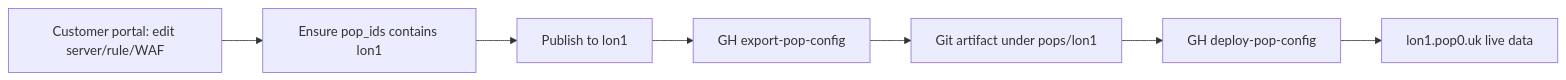
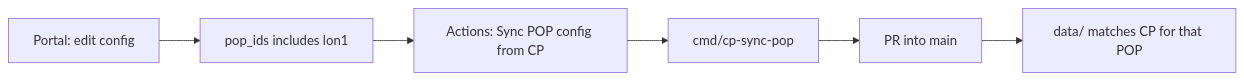
The second of 2 diagrams in infra/configuration/README.md (bwalia/wslproxy), drawn with Mermaid before and after one commit. The commit also changed other lines of this file and 4 other files, not shown here.

First line of the commit message:
feat(config): Go cp-sync-pop writes CP SoT into data/ via PR

````diff
--- a/infra/configuration/README.md
+++ b/infra/configuration/README.md
@@ -102,11 +54,10 @@
 ```mermaid
 flowchart LR
-  Edit["Customer portal: edit server/rule/WAF"]
-  Tag["Ensure pop_ids contains lon1"]
-  Publish["Publish to lon1"]
-  ExportWF["GH export-pop-config"]
-  Git["Git artifact under pops/lon1"]
-  DeployWF["GH deploy-pop-config"]
-  Lon1["lon1.pop0.uk live data"]
-  Edit --> Tag --> Publish --> ExportWF --> Git --> DeployWF --> Lon1
+  Edit["Portal: edit config"]
+  Tag["pop_ids includes lon1"]
+  Dispatch["Actions: Sync POP config from CP"]
+  GoTool["cmd/cp-sync-pop"]
+  PR["PR into main"]
+  Done["data/ matches CP for that POP"]
+  Edit --> Tag --> Dispatch --> GoTool --> PR --> Done
 ```
````
